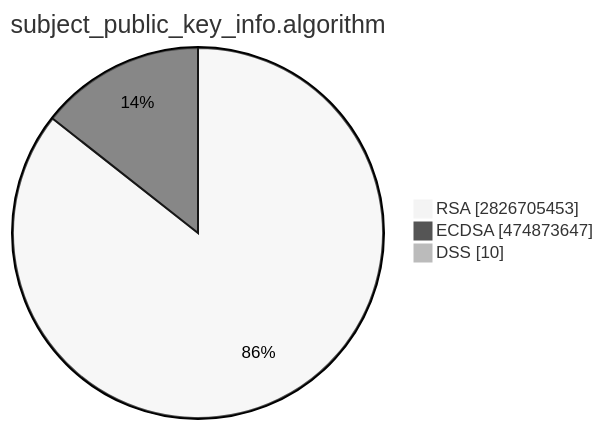
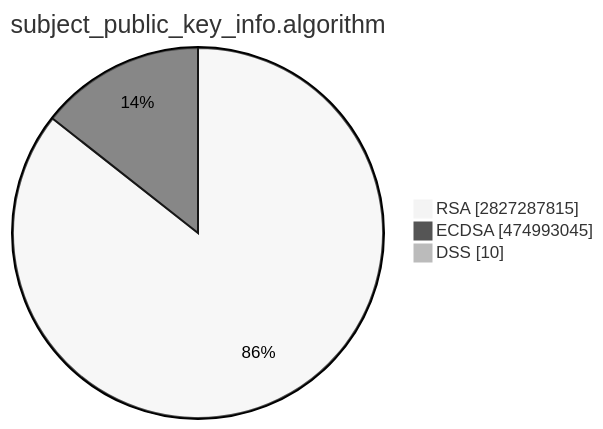
The second of 15 diagrams in TOTAL/README.md (christiankrug/ctmonitor_visualization), drawn with Mermaid (neutral theme) before and after one commit. The commit also changed other lines of this file, not shown here.

````diff
--- a/TOTAL/README.md
+++ b/TOTAL/README.md
@@ -6,7 +6,7 @@
 ```mermaid
 pie showData
 title subject_public_key_info.algorithm
-"RSA" :2826705453
-"ECDSA" :474873647
+"RSA" :2827287815
+"ECDSA" :474993045
 "DSS" :10
 ```
````
